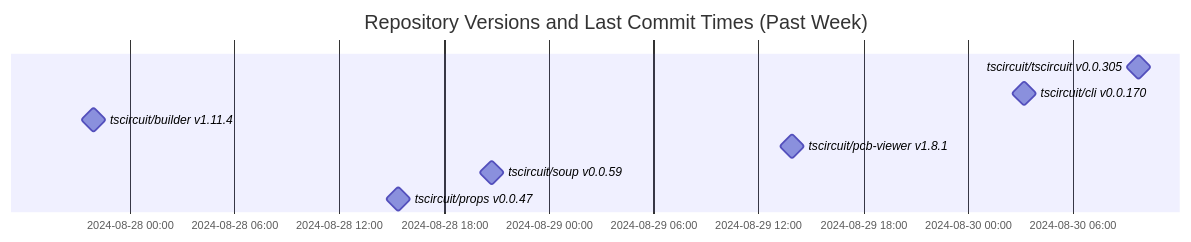
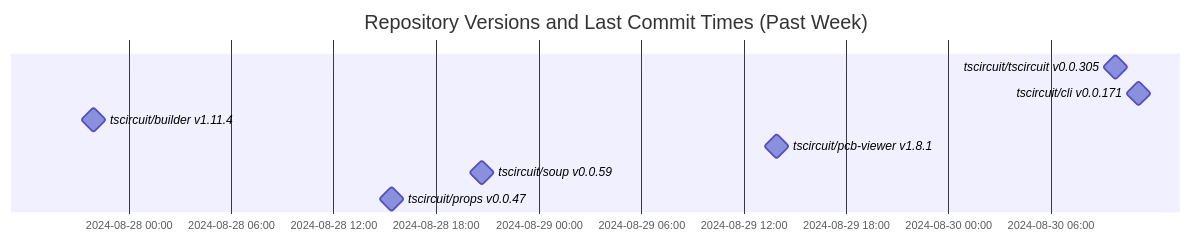
The diagram in README.md (tscircuit/version-tracker), drawn with Mermaid before and after one commit.

Commit message:
Update chart

````diff
--- a/README.md
+++ b/README.md
@@ -1,13 +1,13 @@
 ```mermaid
 gantt
   dateFormat  YYYY-MM-DD HH:mm:ss
   title Repository Versions and Last Commit Times (Past Week)
   axisFormat %Y-%m-%d %H:%M
 
   tscircuit/tscircuit v0.0.305 : milestone, 2024-08-30 09:45:32, 1s
-  tscircuit/cli v0.0.170 : milestone, 2024-08-30 03:13:02, 1s
+  tscircuit/cli v0.0.171 : milestone, 2024-08-30 11:07:26, 1s
   tscircuit/builder v1.11.4 : milestone, 2024-08-27 21:56:45, 1s
   tscircuit/pcb-viewer v1.8.1 : milestone, 2024-08-29 13:56:55, 1s
   tscircuit/soup v0.0.59 : milestone, 2024-08-28 20:42:30, 1s
   tscircuit/props v0.0.47 : milestone, 2024-08-28 15:22:20, 1s
 ```
````
